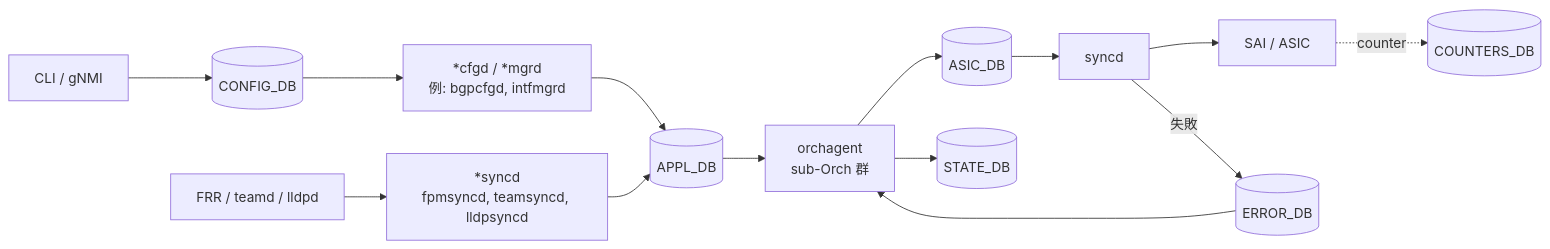
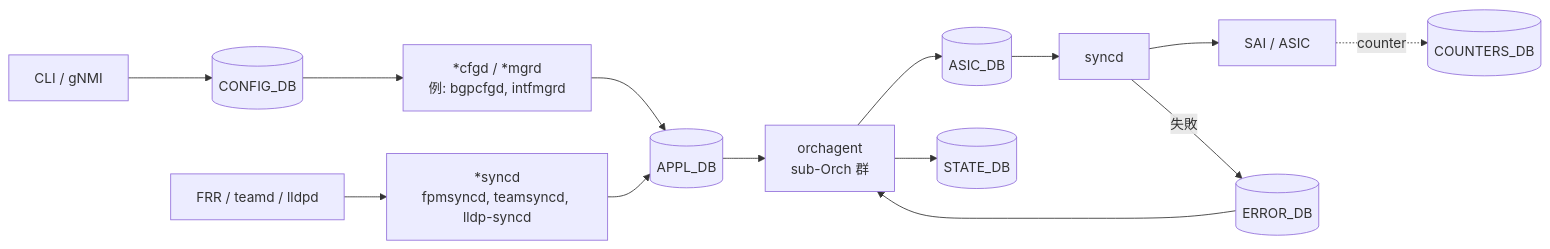
The first of 2 diagrams in docs/topics/20-swss-sai-redis/concept.md (aoki-taquan/sonic-unofficial-docs), drawn with Mermaid before and after one commit. The commit also changed 10 other files, not shown here.

````diff
--- a/docs/topics/20-swss-sai-redis/concept.md
+++ b/docs/topics/20-swss-sai-redis/concept.md
@@ -34,15 +34,15 @@
 ```mermaid
 flowchart LR
   CLI[CLI / gNMI] --> CDB[(CONFIG_DB)]
   CDB --> CFGD[*cfgd / *mgrd<br/>例: bgpcfgd, intfmgrd]
   CFGD --> ADB[(APPL_DB)]
-  EXT[FRR / teamd / lldpd] --> SYNC[*syncd<br/>fpmsyncd, teamsyncd, lldpsyncd]
+  EXT[FRR / teamd / lldpd] --> SYNC[*syncd<br/>fpmsyncd, teamsyncd, lldp-syncd]
   SYNC --> ADB
   ADB --> ORCH[orchagent<br/>sub-Orch 群]
   ORCH --> AS[(ASIC_DB)]
   AS --> SYNCD[syncd] --> SAI[SAI / ASIC]
   ORCH --> STATE[(STATE_DB)]
   SAI -. counter .-> COUNT[(COUNTERS_DB)]
   SYNCD -- 失敗 --> ERR[(ERROR_DB)]
   ERR --> ORCH
 ```
````
